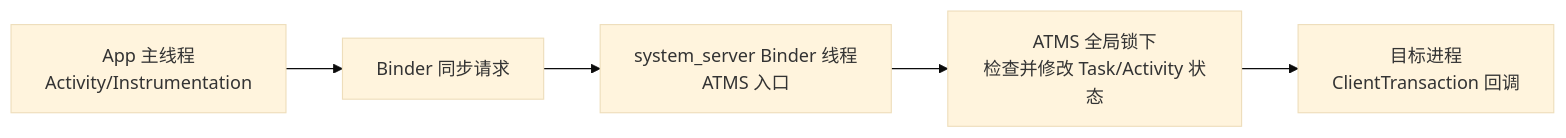
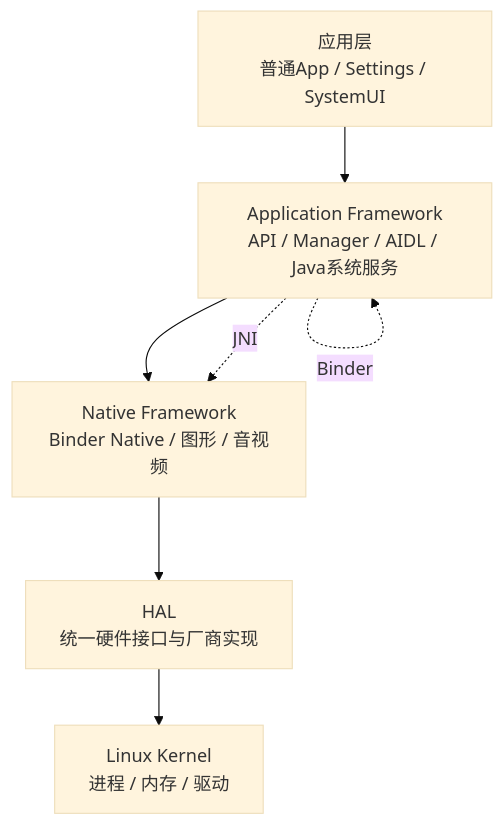
Before and after one commit to junyingzhao001/StudyNotes: the second of 2 diagrams in Android源码学习/01-基础概念介绍.md, drawn with Mermaid (base theme). The commit also changed other lines of this file and 93 other files, not shown here.

````diff
--- a/Android源码学习/01-基础概念介绍.md
+++ b/Android源码学习/01-基础概念介绍.md
@@ -520,9 +381,14 @@
 ```mermaid
-flowchart LR
-    A["App 主线程<br/>Activity/Instrumentation"]
-    B["Binder 同步请求"]
-    C["system_server Binder 线程<br/>ATMS 入口"]
-    D["ATMS 全局锁下<br/>检查并修改 Task/Activity 状态"]
-    E["目标进程<br/>ClientTransaction 回调"]
-    A --> B --> C --> D --> E
+flowchart TB
+    APP["应用层<br/>普通App / Settings / SystemUI"]
+    FW["Application Framework<br/>API / Manager / AIDL / Java系统服务"]
+    NF["Native Framework<br/>Binder Native / 图形 / 音视频"]
+    HAL["HAL<br/>统一硬件接口与厂商实现"]
+    K["Linux Kernel<br/>进程 / 内存 / 驱动"]
+    APP --> FW
+    FW --> NF
+    NF --> HAL
+    HAL --> K
+    FW -. "JNI" .-> NF
+    FW -. "Binder" .-> FW
 ```
````
